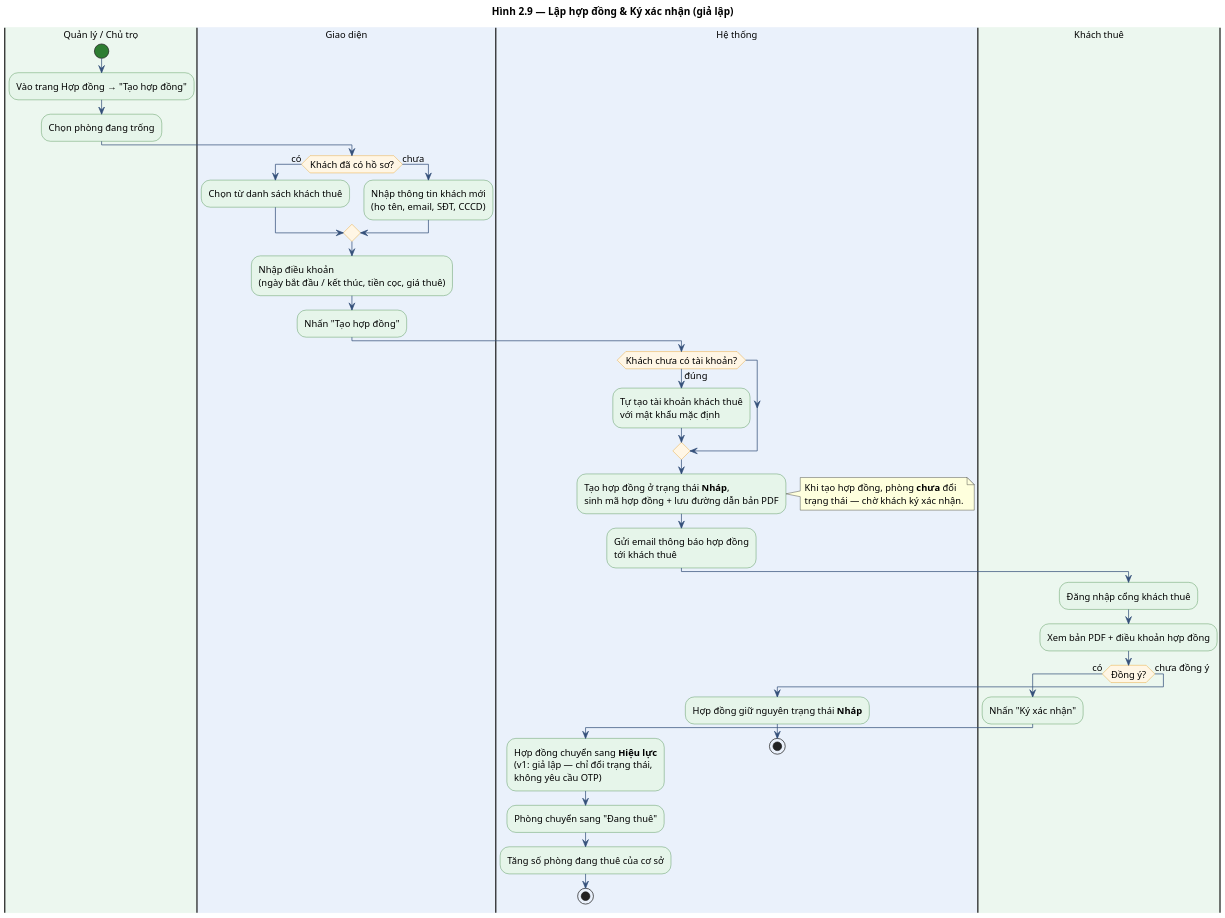
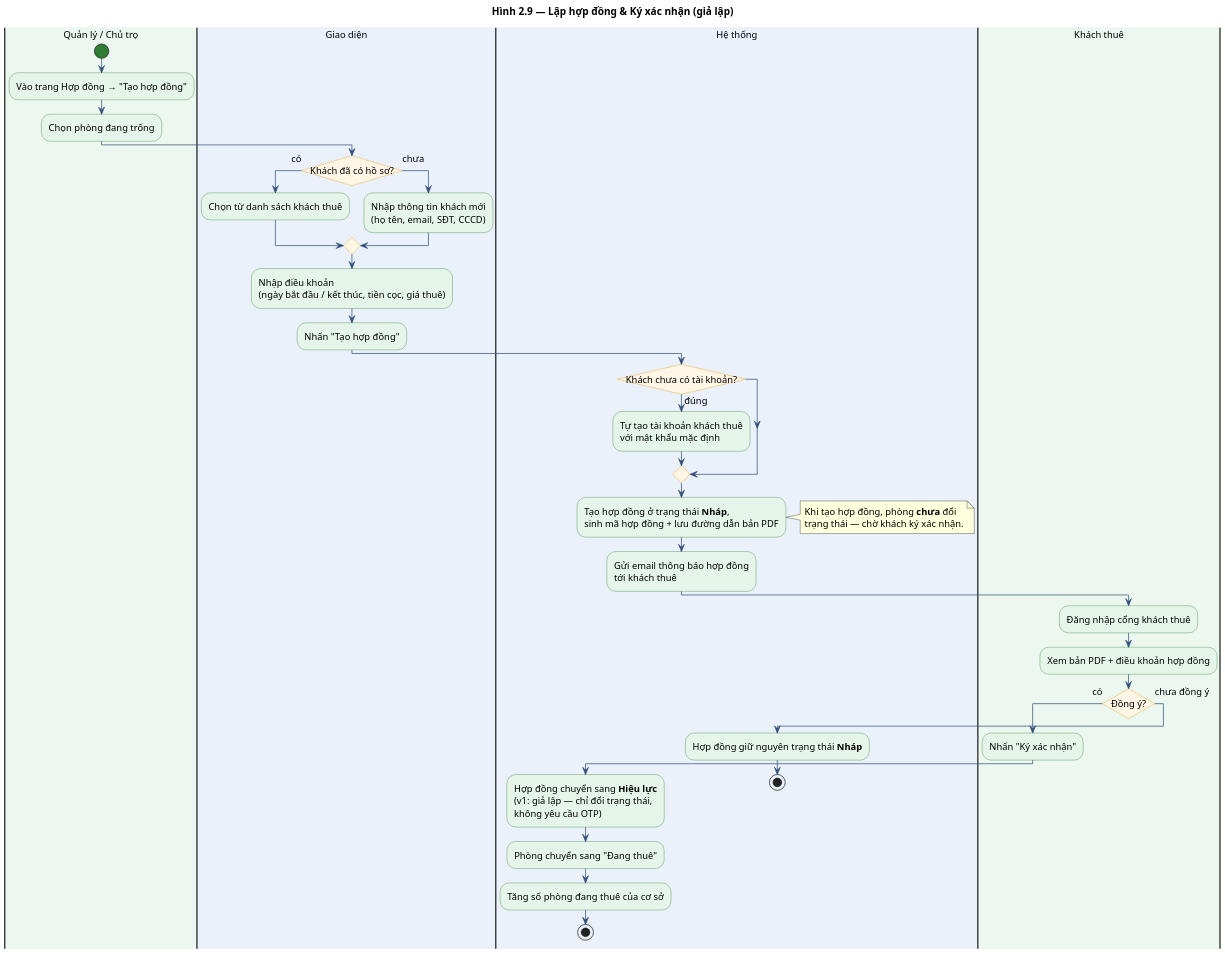
One commit to DiepTuHuy/Hostel_Management changed the diagram in docs/diagrams/2.09_act_contract_sign.puml. Above: the diagram before and after it, drawn with PlantUML. The commit also changed 18 other files, not shown here.

```diff
--- a/docs/diagrams/2.09_act_contract_sign.puml
+++ b/docs/diagrams/2.09_act_contract_sign.puml
@@ -1,58 +1,60 @@
 @startuml Act_Contract_Sign
 title Hình 2.9 — Lập hợp đồng & Ký xác nhận (giả lập)
 
 skinparam dpi 150
 skinparam shadowing false
 skinparam defaultFontName "Segoe UI"
 skinparam defaultFontSize 13
 skinparam ArrowColor #34507A
 skinparam activity {
   BackgroundColor #E6F5EA
   BorderColor #2E7D32
   DiamondBackgroundColor #FFF6E5
   DiamondBorderColor #E59300
   StartColor #2E7D32
   EndColor #AD1457
 }
+
+skinparam conditionStyle InsideDiamond
 
 |#ECF7EF|Quản lý / Chủ trọ|
 start
 :Vào trang Hợp đồng → "Tạo hợp đồng";
 :Chọn phòng đang trống;
 
 |#EAF1FB|Giao diện|
 if (Khách đã có hồ sơ?) then (có)
   :Chọn từ danh sách khách thuê;
 else (chưa)
   :Nhập thông tin khách mới\n(họ tên, email, SĐT, CCCD);
 endif
 :Nhập điều khoản\n(ngày bắt đầu / kết thúc, tiền cọc, giá thuê);
 :Nhấn "Tạo hợp đồng";
 
 |#EAF1FB|Hệ thống|
 if (Khách chưa có tài khoản?) then (đúng)
   :Tự tạo tài khoản khách thuê\nvới mật khẩu mặc định;
 endif
 :Tạo hợp đồng ở trạng thái **Nháp**,\nsinh mã hợp đồng + lưu đường dẫn bản PDF;
 note right
   Khi tạo hợp đồng, phòng **chưa** đổi
   trạng thái — chờ khách ký xác nhận.
 end note
 :Gửi email thông báo hợp đồng\ntới khách thuê;
 
 |#ECF7EF|Khách thuê|
 :Đăng nhập cổng khách thuê;
 :Xem bản PDF + điều khoản hợp đồng;
 if (Đồng ý?) then (có)
   :Nhấn "Ký xác nhận";
   |#EAF1FB|Hệ thống|
   :Hợp đồng chuyển sang **Hiệu lực**\n(v1: giả lập — chỉ đổi trạng thái,\nkhông yêu cầu OTP);
   :Phòng chuyển sang "Đang thuê";
   :Tăng số phòng đang thuê của cơ sở;
   stop
 else (chưa đồng ý)
   :Hợp đồng giữ nguyên trạng thái **Nháp**;
   stop
 endif
 
 @enduml
```
